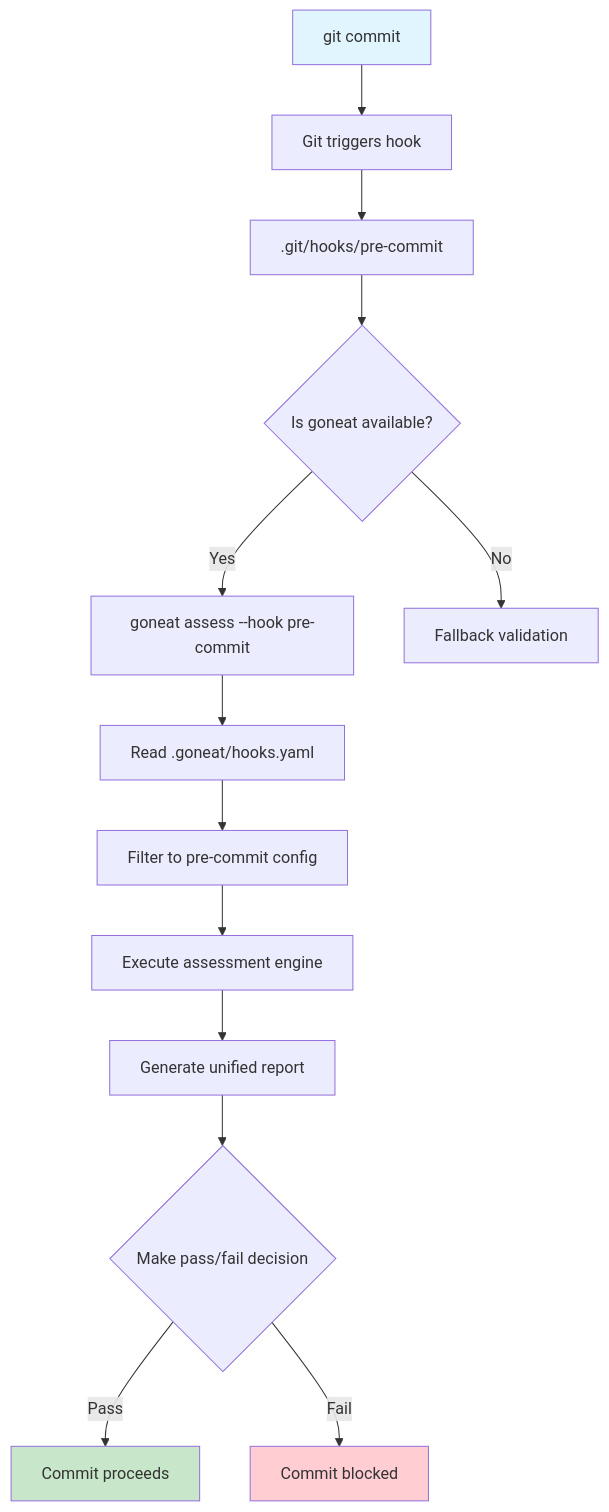
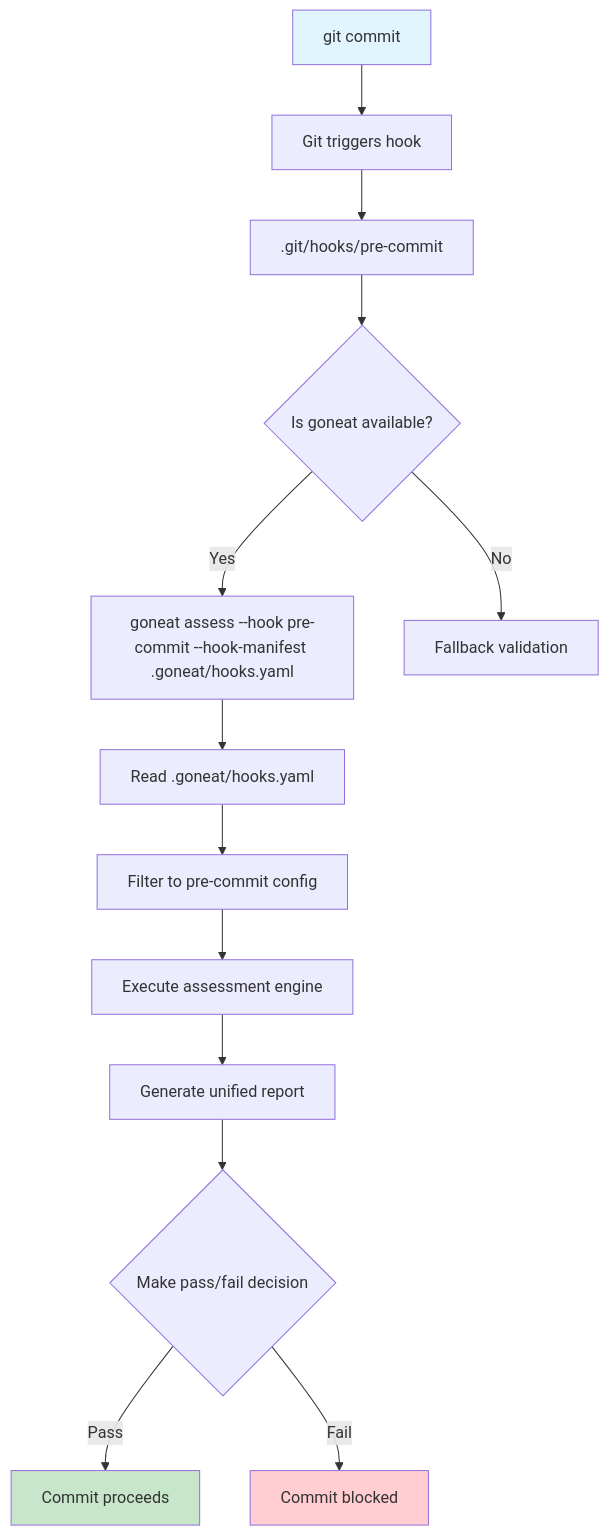
One commit to fulmenhq/goneat changed the second of 3 diagrams in docs/user-guide/workflows/git-hooks-operation.md. Above: the diagram before and after it, drawn with Mermaid. The commit also changed other lines of this file and 47 other files, not shown here.

````diff
--- a/docs/user-guide/workflows/git-hooks-operation.md
+++ b/docs/user-guide/workflows/git-hooks-operation.md
@@ -144,19 +186,19 @@
 ```mermaid
 graph TD
     A[git commit] --> B[Git triggers hook]
     B --> C[.git/hooks/pre-commit]
     C --> D{Is goneat available?}
-    D -->|Yes| E[goneat assess --hook pre-commit]
+    D -->|Yes| E[goneat assess --hook pre-commit --hook-manifest .goneat/hooks.yaml]
     D -->|No| F[Fallback validation]
     E --> G[Read .goneat/hooks.yaml]
     G --> H[Filter to pre-commit config]
     H --> I[Execute assessment engine]
     I --> J[Generate unified report]
     J --> K{Make pass/fail decision}
     K -->|Pass| L[Commit proceeds]
     K -->|Fail| M[Commit blocked]
 
     style A fill:#e1f5fe
     style L fill:#c8e6c9
     style M fill:#ffcdd2
 ```
````
